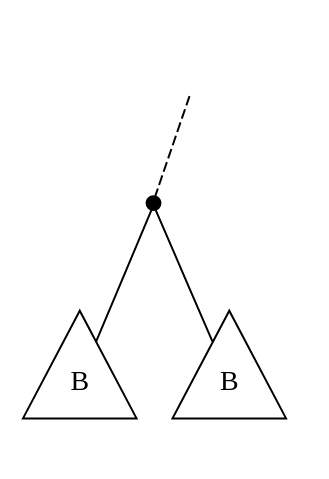
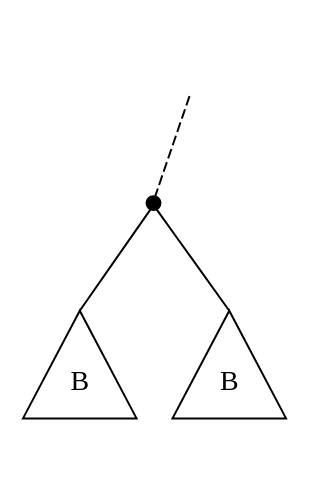
One commit to Larhard/Combinatorial-interpretations-of-holonomic-recurrences changed the diagram in article/images_src/binary_tree_def_3.dot. Above: the diagram before and after it, drawn with Graphviz. The commit also changed 26 other files, not shown here.

```diff
--- a/article/images_src/binary_tree_def_3.dot
+++ b/article/images_src/binary_tree_def_3.dot
@@ -1,12 +1,13 @@
 graph {
 	size="4,4"
+    graph [splines=false]
 	0 [label="" shape=none]
 	B [label="" height=0.1 shape=circle style=filled fillcolor=black]
 	1 [label="" shape=none]
     0 -- B [style=dashed]
     0 -- 1 [style=invis]
-    B -- B1
-    B -- B2
+    B -- B1 [headport=n]
+    B -- B2 [headport=n]
 	B1 [label=B shape=triangle height=1]
 	B2 [label=B shape=triangle height=1]
 }
```
